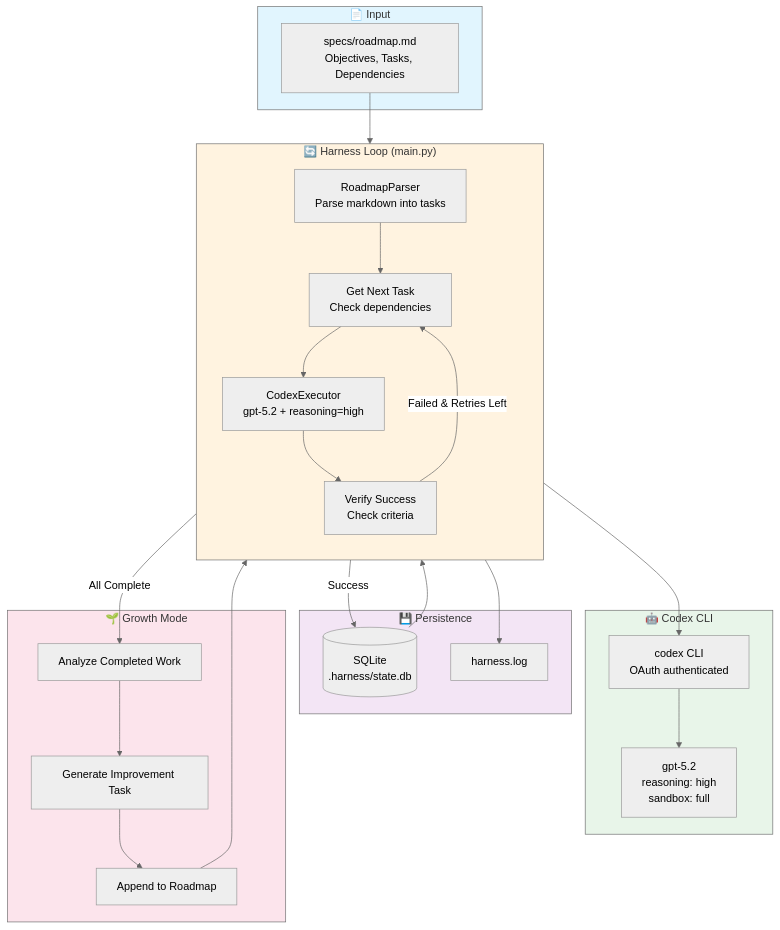
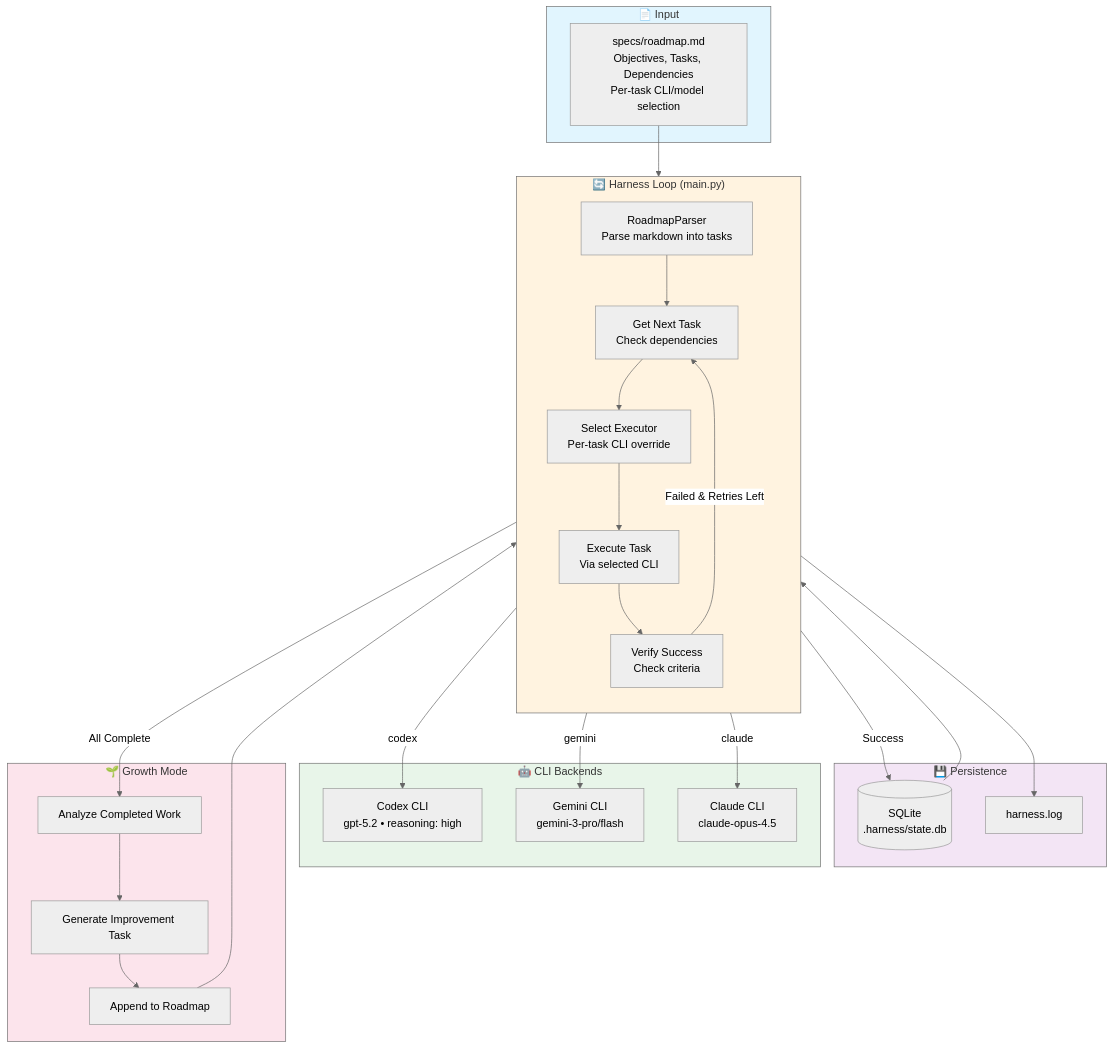
The first of 3 diagrams in CLAUDE.md (UMwai/um-agent-coder), drawn with Mermaid (neutral theme) before and after one commit. The commit also changed other lines of this file and 7 other files, not shown here.

First line of the commit message:
feat: Add multi-CLI support to 24/7 harness (Codex, Gemini, Claude)

````diff
--- a/CLAUDE.md
+++ b/CLAUDE.md
@@ -70,53 +86,57 @@
 ```mermaid
 flowchart TB
     subgraph Input["📄 Input"]
-        RM[specs/roadmap.md<br/>Objectives, Tasks, Dependencies]
+        RM[specs/roadmap.md<br/>Objectives, Tasks, Dependencies<br/>Per-task CLI/model selection]
     end
 
     subgraph Harness["🔄 Harness Loop (main.py)"]
         direction TB
         PARSE[RoadmapParser<br/>Parse markdown into tasks]
         NEXT[Get Next Task<br/>Check dependencies]
-        EXEC[CodexExecutor<br/>gpt-5.2 + reasoning=high]
+        SELECT[Select Executor<br/>Per-task CLI override]
+        EXEC[Execute Task<br/>Via selected CLI]
         VERIFY[Verify Success<br/>Check criteria]
 
         PARSE --> NEXT
-        NEXT --> EXEC
+        NEXT --> SELECT
+        SELECT --> EXEC
         EXEC --> VERIFY
     end
 
     subgraph State["💾 Persistence"]
         DB[(SQLite<br/>.harness/state.db)]
         LOG[harness.log]
     end
 
-    subgraph Codex["🤖 Codex CLI"]
-        CLI[codex CLI<br/>OAuth authenticated]
-        GPT[gpt-5.2<br/>reasoning: high<br/>sandbox: full]
-        CLI --> GPT
+    subgraph CLIs["🤖 CLI Backends"]
+        CODEX[Codex CLI<br/>gpt-5.2 • reasoning: high]
+        GEMINI[Gemini CLI<br/>gemini-3-pro/flash]
+        CLAUDE[Claude CLI<br/>claude-opus-4.5]
     end
 
     subgraph Growth["🌱 Growth Mode"]
         ANALYZE[Analyze Completed Work]
         GEN[Generate Improvement Task]
         APPEND[Append to Roadmap]
 
         ANALYZE --> GEN
         GEN --> APPEND
     end
 
     RM --> PARSE
-    EXEC --> CLI
+    SELECT -->|codex| CODEX
+    SELECT -->|gemini| GEMINI
+    SELECT -->|claude| CLAUDE
     VERIFY -->|Success| DB
     VERIFY -->|Failed & Retries Left| NEXT
     VERIFY -->|All Complete| ANALYZE
     APPEND --> NEXT
     DB --> NEXT
     EXEC --> LOG
 
     style Input fill:#e1f5fe
     style Harness fill:#fff3e0
     style State fill:#f3e5f5
-    style Codex fill:#e8f5e9
+    style CLIs fill:#e8f5e9
     style Growth fill:#fce4ec
 ```
````
